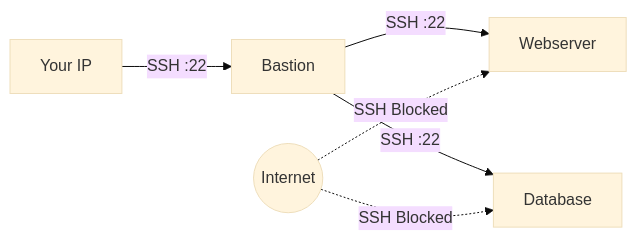
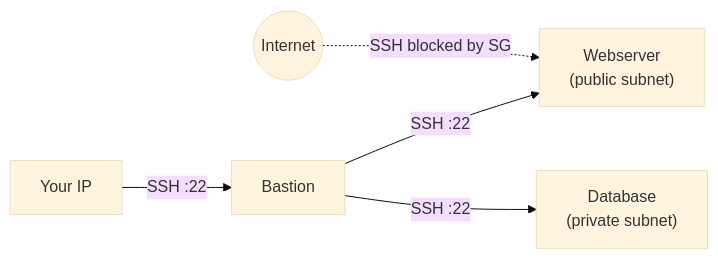
The second of 3 diagrams in source/richardpct.github.io/content/post/aws-tuto-05.md (richardpct/hugo-richardpct.github.io), drawn with Mermaid (base theme) before and after one commit. The commit also changed other lines of this file, not shown here.

````diff
--- a/source/richardpct.github.io/content/post/aws-tuto-05.md
+++ b/source/richardpct.github.io/content/post/aws-tuto-05.md
@@ -77,8 +77,7 @@
 ```mermaid
 graph LR
     You[Your IP] -- "SSH :22" --> BASTION[Bastion]
-    BASTION -- "SSH :22" --> WEB[Webserver]
-    BASTION -- "SSH :22" --> DB[Database]
-    Internet((Internet)) -. "SSH Blocked" .-> WEB
-    Internet -. "SSH Blocked" .-> DB
+    BASTION -- "SSH :22" --> WEB["Webserver<br/>(public subnet)"]
+    BASTION -- "SSH :22" --> DB["Database<br/>(private subnet)"]
+    Internet((Internet)) -. "SSH blocked by SG" .-> WEB
 ```
````
